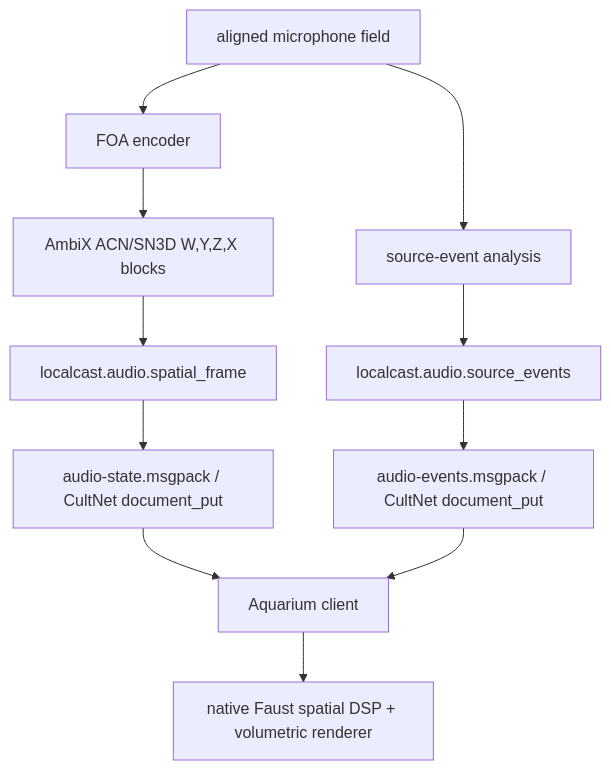
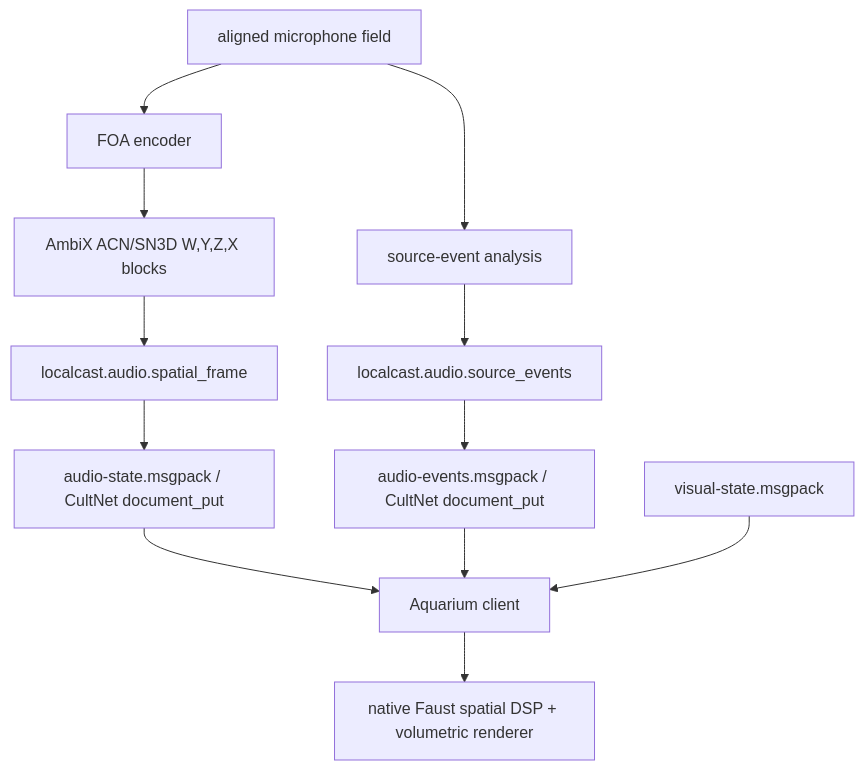
One commit to GameCult/Mimir changed the diagram in docs/aquarium-spatial-audio.md. Above: the diagram before and after it, drawn with Mermaid. The commit also changed other lines of this file and 7 other files, not shown here.

````diff
--- a/docs/aquarium-spatial-audio.md
+++ b/docs/aquarium-spatial-audio.md
@@ -9,13 +9,14 @@
 ```mermaid
 flowchart TD
     A["aligned microphone field"] --> B["FOA encoder"]
     B --> C["AmbiX ACN/SN3D W,Y,Z,X blocks"]
     C --> D["localcast.audio.spatial_frame"]
     A --> H["source-event analysis"]
     H --> I["localcast.audio.source_events"]
     D --> E["audio-state.msgpack / CultNet document_put"]
     I --> J["audio-events.msgpack / CultNet document_put"]
     E --> F["Aquarium client"]
     J --> F
+    K["visual-state.msgpack"] --> F
     F --> G["native Faust spatial DSP + volumetric renderer"]
 ```
````
